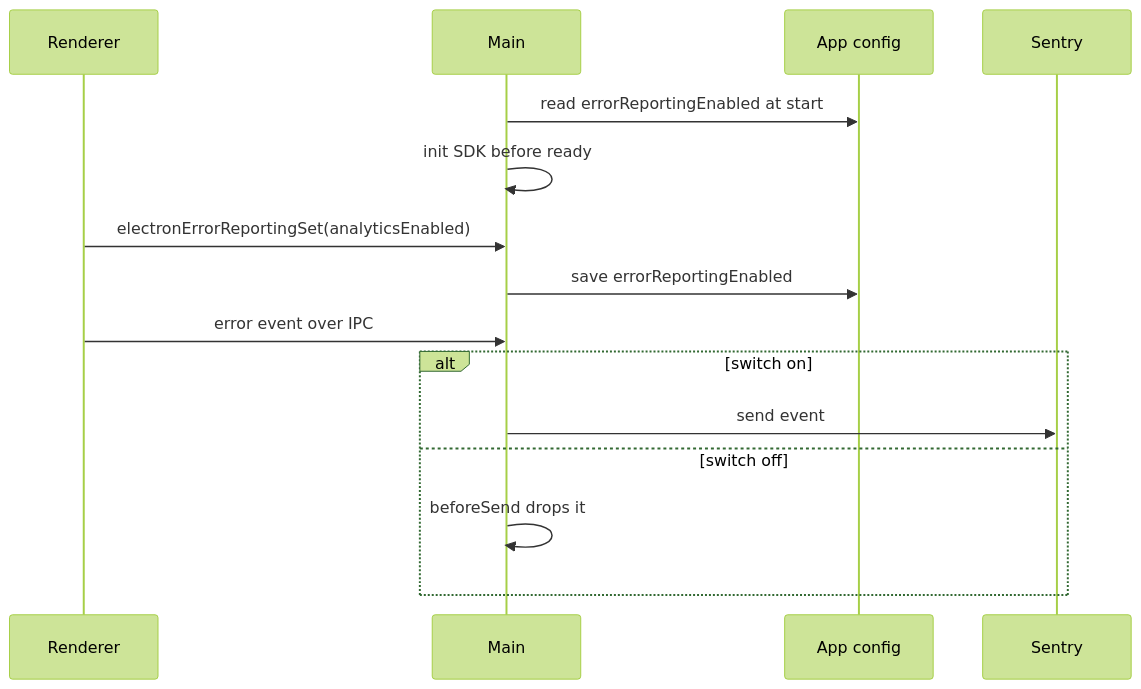
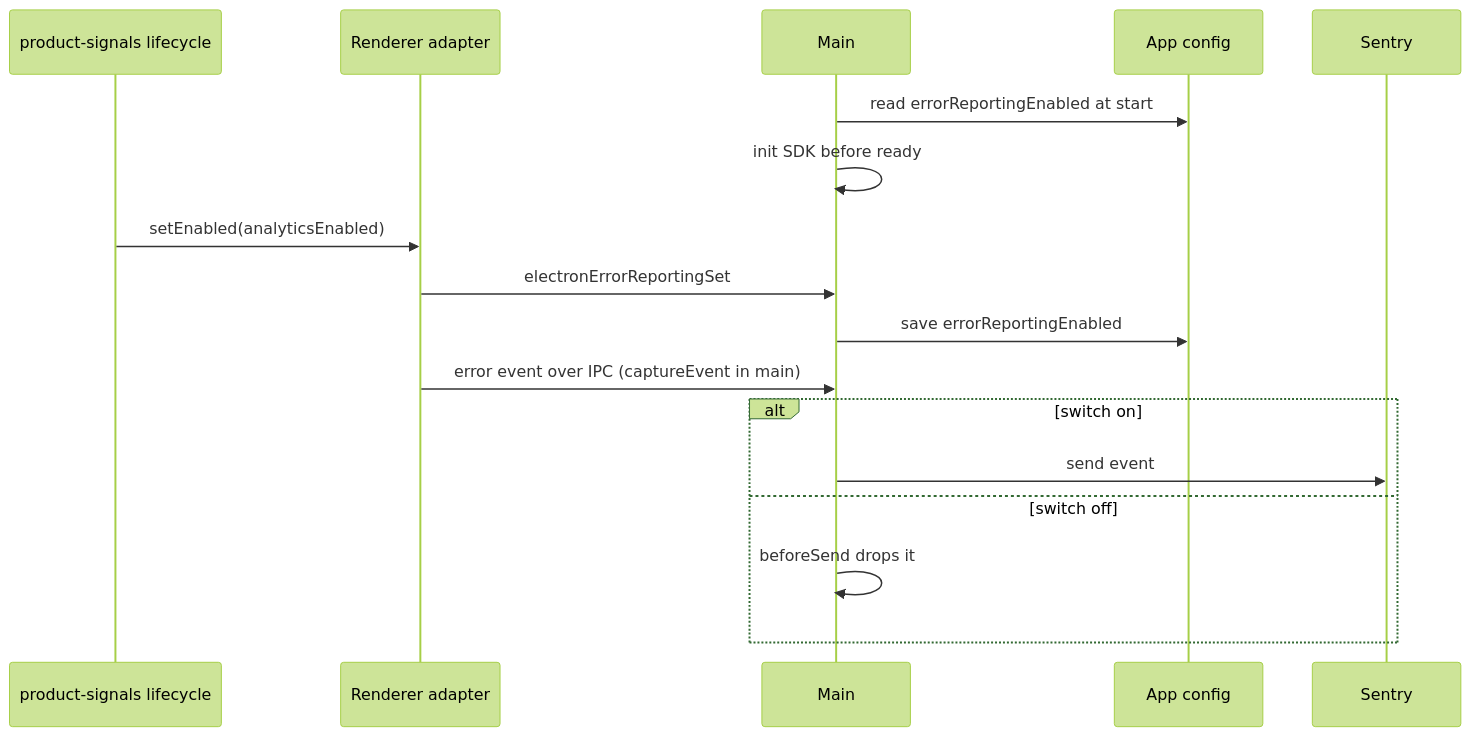
Before and after one commit to moeru-ai/airi: the second of 2 diagrams in docs/ai/adr/2026-11-09-sentry-error-reports.md, drawn with Mermaid (forest theme). The commit also changed other lines of this file and 38 other files, not shown here.

First line of the commit message:
refactor(stage-ui,stage-shared): run error reports in the product signal lifecycle

````diff
--- a/docs/ai/adr/2026-11-09-sentry-error-reports.md
+++ b/docs/ai/adr/2026-11-09-sentry-error-reports.md
@@ -92,17 +102,19 @@
 ```mermaid
 sequenceDiagram
-  participant R as Renderer
+  participant L as product-signals lifecycle
+  participant R as Renderer adapter
   participant M as Main
   participant C as App config
   participant S as Sentry
   M->>C: read errorReportingEnabled at start
   M->>M: init SDK before ready
-  R->>M: electronErrorReportingSet(analyticsEnabled)
+  L->>R: setEnabled(analyticsEnabled)
+  R->>M: electronErrorReportingSet
   M->>C: save errorReportingEnabled
-  R->>M: error event over IPC
+  R->>M: error event over IPC (captureEvent in main)
   alt switch on
     M->>S: send event
   else switch off
     M->>M: beforeSend drops it
   end
 ```
````
